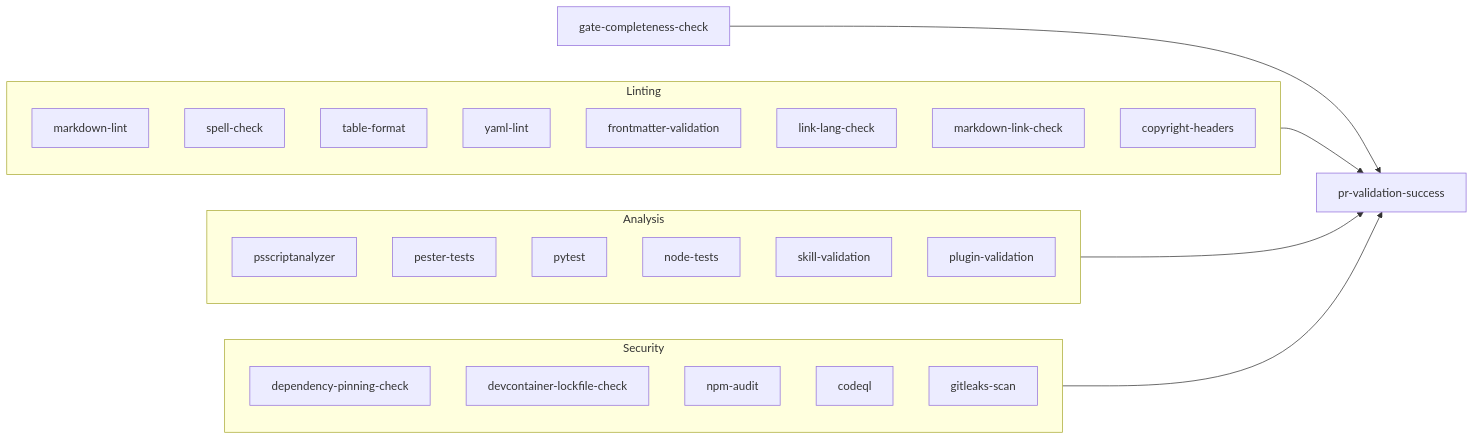
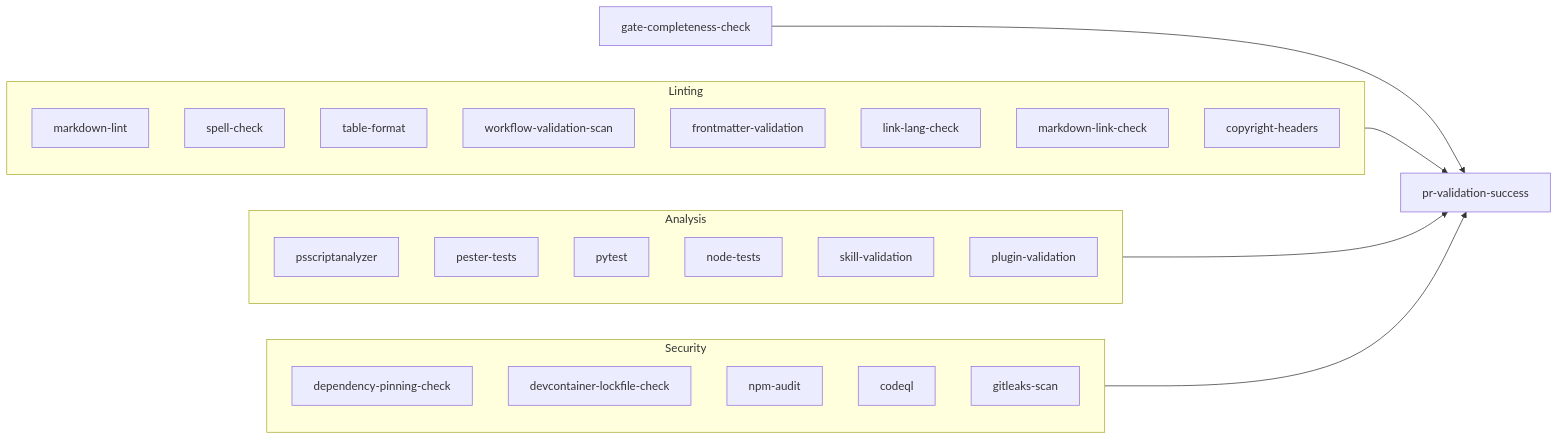
Before and after one commit to microsoft/hve-core: the second of 3 diagrams in docs/architecture/workflows.md, drawn with Mermaid. The commit also changed other lines of this file and 63 other files, not shown here.

````diff
--- a/docs/architecture/workflows.md
+++ b/docs/architecture/workflows.md
@@ -161,37 +161,37 @@
 ```mermaid
 flowchart LR
     accTitle: Pull Request Validation Job Groups
     accDescr: Linting, analysis, and security validation groups run in parallel, then every job feeds the pr-validation-success aggregator gate that branch protection requires.
     subgraph "Linting"
         ML[markdown-lint]
         SC[spell-check]
         TF[table-format]
-        YL[yaml-lint]
+        WV[workflow-validation-scan]
         FV[frontmatter-validation]
         LLC[link-lang-check]
         MLC[markdown-link-check]
         CH[copyright-headers]
     end
 
     subgraph "Analysis"
         PSA[psscriptanalyzer]
         PT[pester-tests]
         PY[pytest]
         NT[node-tests]
         SV[skill-validation]
         PV[plugin-validation]
     end
 
     subgraph "Security"
         DPC[dependency-pinning-check]
         DCL[devcontainer-lockfile-check]
         NA[npm-audit]
         CQL[codeql]
         GLS[gitleaks-scan]
     end
 
     Linting --> GATE[pr-validation-success]
     Analysis --> GATE
     Security --> GATE
     GCC[gate-completeness-check] --> GATE
 ```
````
